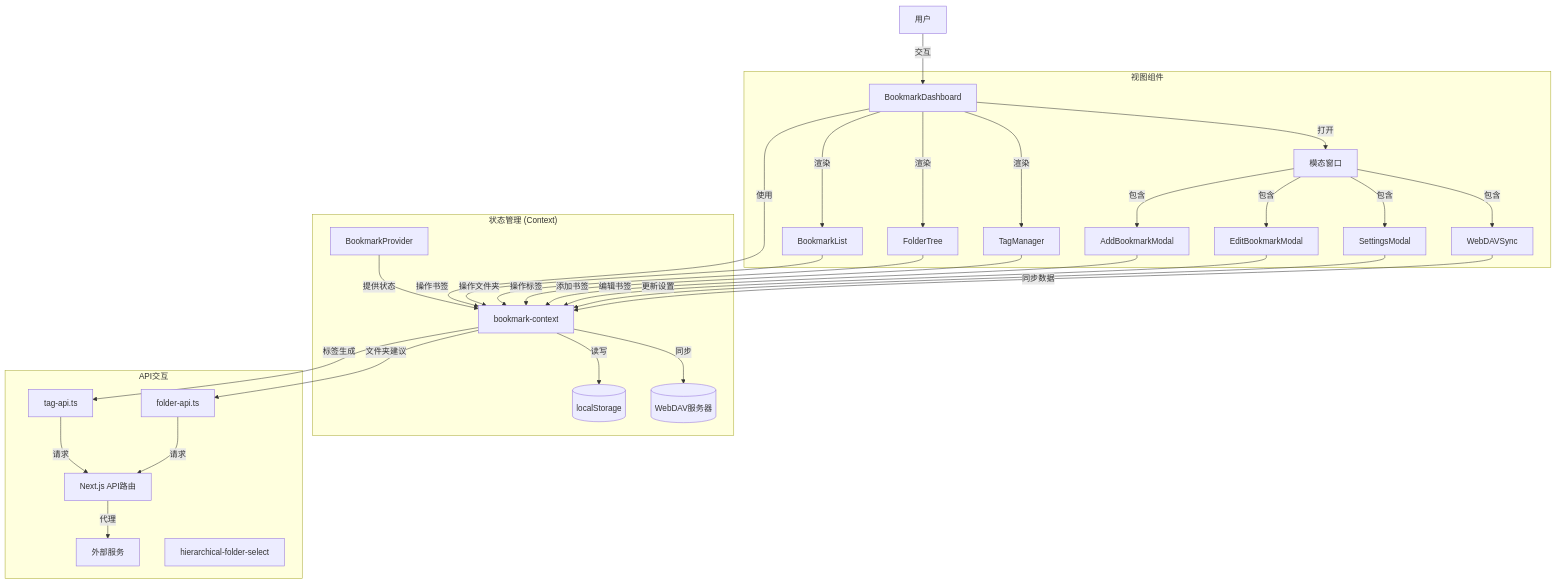
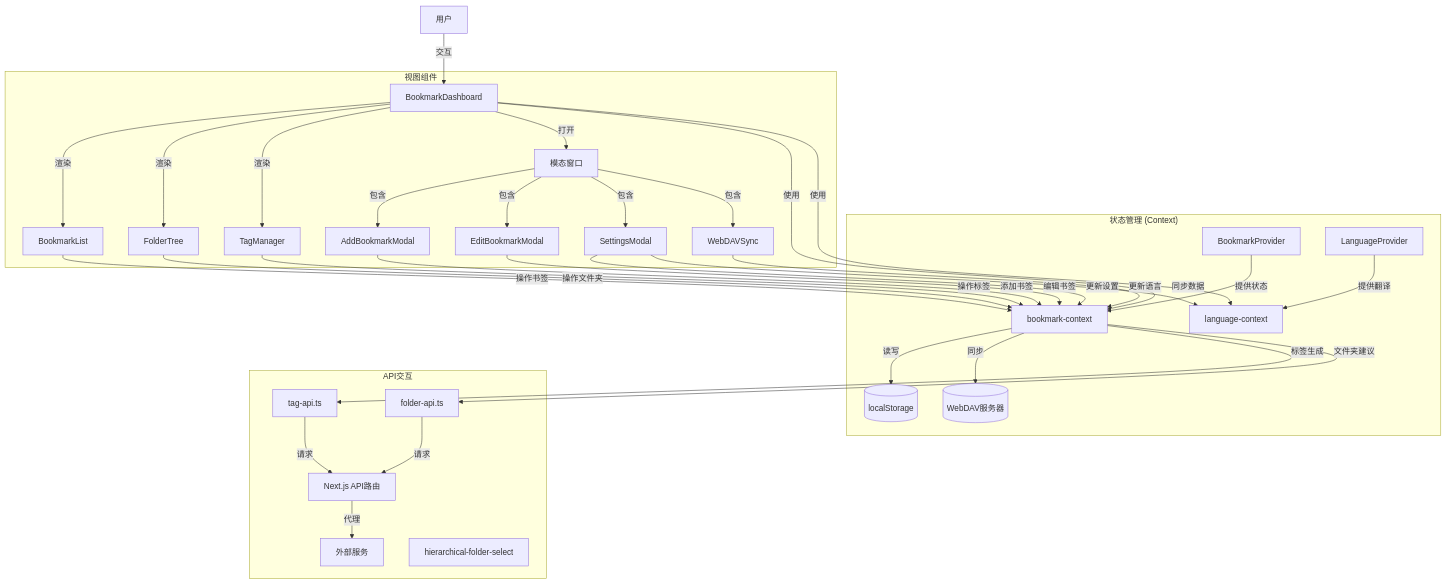
Before and after one commit to Syferie/MarkHub: the diagram in README.md, drawn with Mermaid. The commit also changed other lines of this file and 1 other file, not shown here.

````diff
--- a/README.md
+++ b/README.md
@@ -127,43 +151,46 @@
 ```mermaid
 flowchart TD
     User[用户] -->|交互| Dashboard[BookmarkDashboard]
     
     %% 状态管理层
     subgraph Context["状态管理 (Context)"]
         BP[BookmarkProvider] -->|提供状态| BC[bookmark-context]
+        LC[LanguageProvider] -->|提供翻译| LG[language-context]
         BC -->|读写| LS[(localStorage)]
         BC -->|同步| WebDAV[(WebDAV服务器)]
     end
     
     %% 视图层
     subgraph Views["视图组件"]
         Dashboard -->|渲染| BL[BookmarkList]
         Dashboard -->|渲染| FT[FolderTree]
         Dashboard -->|渲染| TM[TagManager]
         Dashboard -->|打开| Modal[模态窗口]
         Modal -->|包含| ABM[AddBookmarkModal]
         Modal -->|包含| EBM[EditBookmarkModal]
         Modal -->|包含| SM[SettingsModal]
         Modal -->|包含| WS[WebDAVSync]
     end
     
     %% API交互层
     subgraph API["API交互"]
         TA[tag-api.ts] -->|请求| NR[Next.js API路由]
         FA[folder-api.ts] -->|请求| NR[Next.js API路由]
         NR -->|代理| ES[外部服务]
         HFS[hierarchical-folder-select]
     end
     
     %% 数据流动
     Dashboard -->|使用| BC
+    Dashboard -->|使用| LG
     BL -->|操作书签| BC
     FT -->|操作文件夹| BC
     TM -->|操作标签| BC
     ABM -->|添加书签| BC
     EBM -->|编辑书签| BC
     SM -->|更新设置| BC
+    SM -->|更新语言| LG
     WS -->|同步数据| BC
     BC -->|标签生成| TA
     BC -->|文件夹建议| FA
 ```
````
